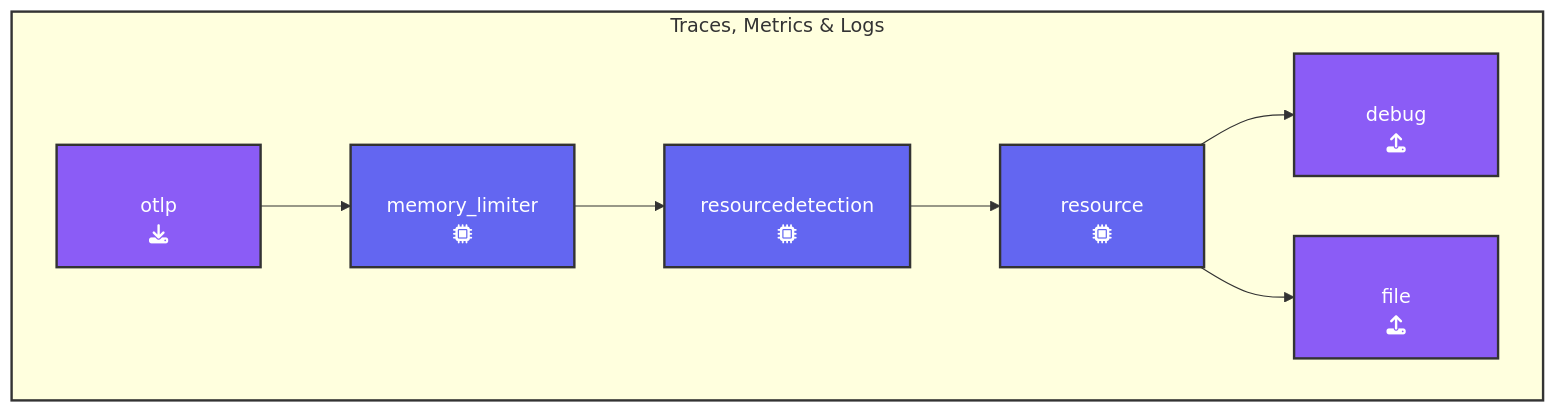
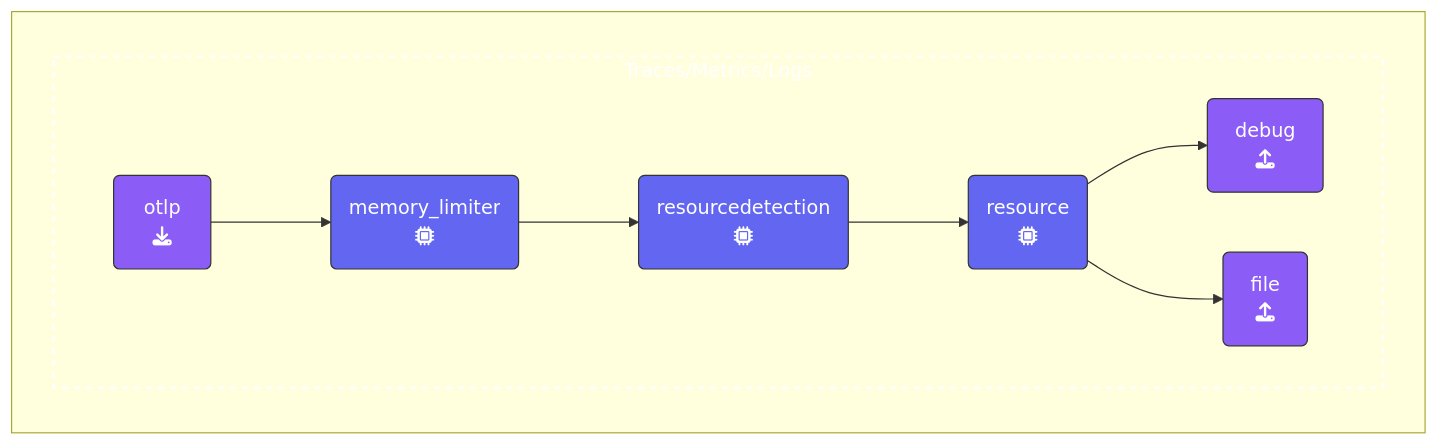
The diagram in content/en/ninja-workshops/10-advanced-otel/1-agent/1-3-metadata/_index.md (splunk/observability-workshop), drawn with Mermaid before and after one commit. The commit also changed 6 other files, not shown here.

Commit message:
Updated charts with dotted lines

````diff
--- a/content/en/ninja-workshops/10-advanced-otel/1-agent/1-3-metadata/_index.md
+++ b/content/en/ninja-workshops/10-advanced-otel/1-agent/1-3-metadata/_index.md
@@ -54,25 +54,27 @@
 ```mermaid
+%%{init:{"fontFamily":"monospace"}}%%
 graph LR
-  subgraph box[Traces, Metrics & Logs]
-    direction LR
     %% Nodes
-      A[otlp<br>fa:fa-download]:::receiver
-      D[memory_limiter<br>fa:fa-microchip]:::processor
-      E[resourcedetection<br>fa:fa-microchip]:::processor
-      F[resource<br>fa:fa-microchip]:::processor
-      L[debug<br>fa:fa-upload]:::exporter
-      M[file<br>fa:fa-upload]:::exporter
+      REC1(&nbsp;&nbsp;otlp&nbsp;&nbsp;<br>fa:fa-download):::receiver
+      PRO1(memory_limiter<br>fa:fa-microchip):::processor
+      PRO2(resourcedetection<br>fa:fa-microchip):::processor
+      PRO3(resource<br>fa:fa-microchip):::processor
+      EXP1(&ensp;debug&ensp;<br>fa:fa-upload):::exporter
+      EXP2(&ensp;file&ensp;<br>fa:fa-upload):::exporter
+    %% Links
+    subID1:::sub-traces
+    subgraph " "
+      subgraph subID1[Traces/Metrics/Logs]
+      direction LR
+      REC1 --> PRO1
+      PRO1 --> PRO2
+      PRO2 --> PRO3
+      PRO3 --> EXP1
+      PRO3 --> EXP2
+      end
     end
-    %% Links
-      A --> D
-      D --> E
-      E --> F
-      F --> L
-      F --> M
-
-classDef receiver fill:#8b5cf6,stroke:#333,stroke-width:2px,padding-left:110px,color:#fff;
-classDef processor fill:#6366f1,stroke:#333,stroke-width:2px,padding-left:110px,color:#fff;
-classDef exporter fill:#8b5cf6,stroke:#333,stroke-width:2px, padding-left:110px,color:#fff;
-classDef connector fill:#00ff7f,stroke:#333,stroke-width:2px, padding-left:110px,color:#fff;
-style box stroke:#333,stroke-width:2px,fill:#f9a9a9a;
+classDef receiver,exporter fill:#8b5cf6,stroke:#333,stroke-width:1px,color:#fff;
+classDef processor fill:#6366f1,stroke:#333,stroke-width:1px,color:#fff;
+classDef con-receive,con-export fill:#45c175,stroke:#333,stroke-width:1px,color:#fff;
+classDef sub-traces stroke:#fff,stroke-width:2px, color:#fff,stroke-dasharray: 5 5;
 ```
````
